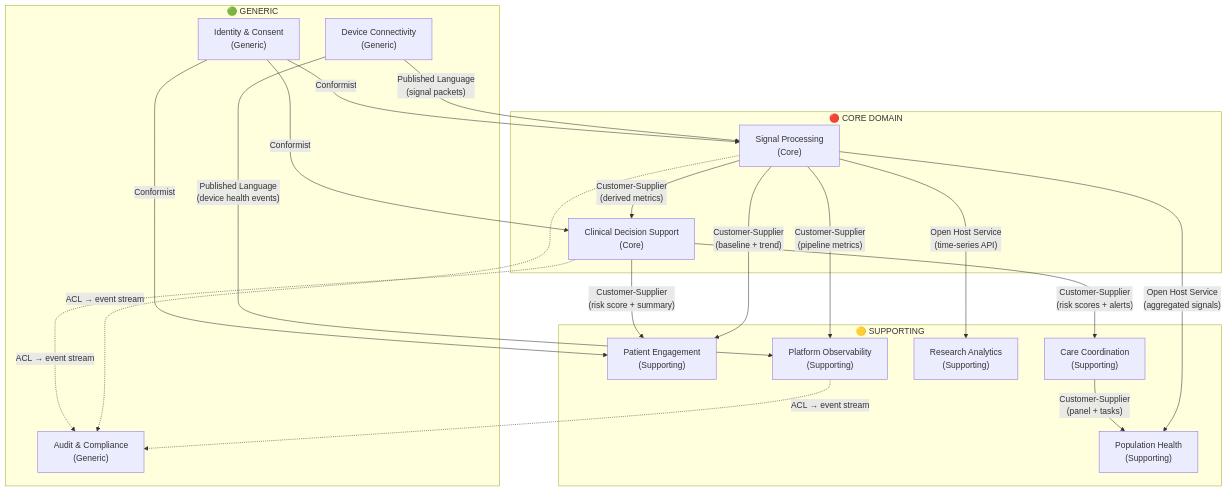
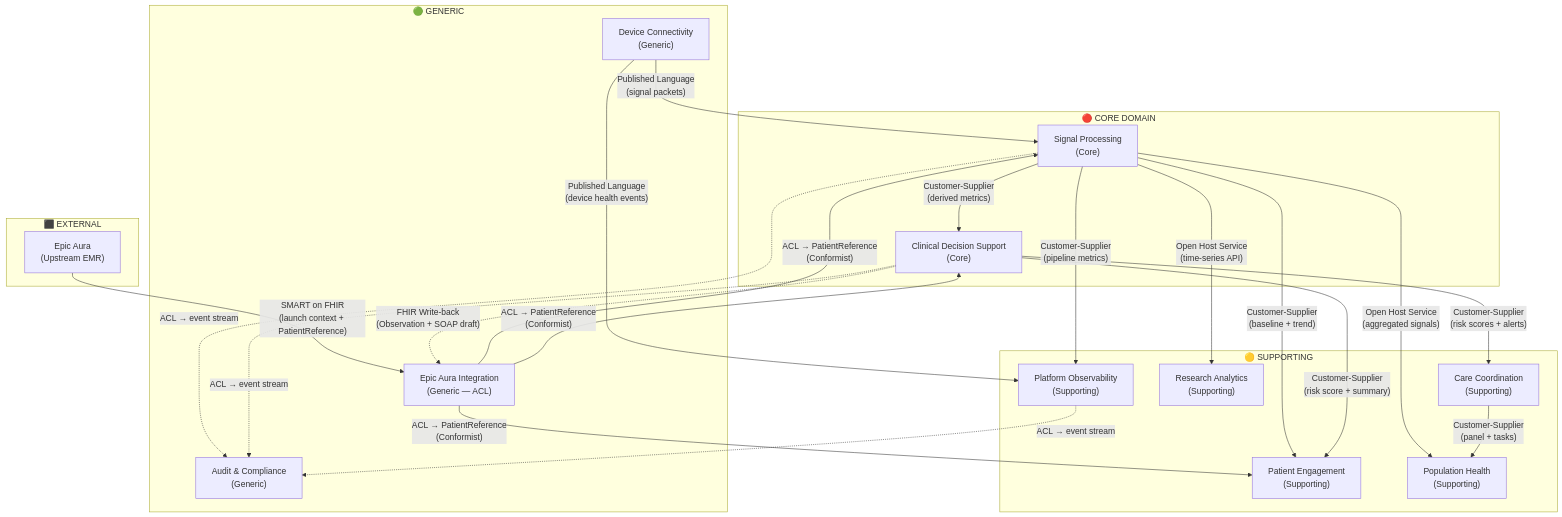
One commit to lgundlapalli/Accelerators changed the first of 3 diagrams in projects/Multi-Signal Device/domain-model/domain-design.md. Above: the diagram before and after it, drawn with Mermaid. The commit also changed other lines of this file and 1 other file, not shown here.

First line of the commit message:
feat: add Epic Aura SMART on FHIR integration to DDD model

````diff
--- a/projects/Multi-Signal Device/domain-model/domain-design.md
+++ b/projects/Multi-Signal Device/domain-model/domain-design.md
@@ -79,38 +103,44 @@
 ```mermaid
 graph TD
     subgraph Core["🔴 CORE DOMAIN"]
         SP["Signal Processing\n(Core)"]
         CDS["Clinical Decision Support\n(Core)"]
     end
 
     subgraph Supporting["🟡 SUPPORTING"]
         PE["Patient Engagement\n(Supporting)"]
         CC["Care Coordination\n(Supporting)"]
         RA["Research Analytics\n(Supporting)"]
         PH["Population Health\n(Supporting)"]
         OBS["Platform Observability\n(Supporting)"]
     end
 
     subgraph Generic["🟢 GENERIC"]
         AC["Audit & Compliance\n(Generic)"]
         DC["Device Connectivity\n(Generic)"]
-        IAM["Identity & Consent\n(Generic)"]
+        EPIC["Epic Aura Integration\n(Generic — ACL)"]
     end
 
+    subgraph External["⬛ EXTERNAL"]
+        EPICAURA["Epic Aura\n(Upstream EMR)"]
+    end
+
+    EPICAURA -->|"SMART on FHIR\n(launch context + PatientReference)"| EPIC
+    EPIC -->|"ACL → PatientReference\n(Conformist)"| SP
+    EPIC -->|"ACL → PatientReference\n(Conformist)"| CDS
+    EPIC -->|"ACL → PatientReference\n(Conformist)"| PE
+    CDS -.->|"FHIR Write-back\n(Observation + SOAP draft)"| EPIC
     DC -->|"Published Language\n(signal packets)"| SP
     SP -->|"Customer-Supplier\n(derived metrics)"| CDS
     SP -->|"Customer-Supplier\n(baseline + trend)"| PE
     SP -->|"Open Host Service\n(time-series API)"| RA
     SP -->|"Open Host Service\n(aggregated signals)"| PH
     CDS -->|"Customer-Supplier\n(risk scores + alerts)"| CC
     CDS -->|"Customer-Supplier\n(risk score + summary)"| PE
     CC -->|"Customer-Supplier\n(panel + tasks)"| PH
-    IAM -->|"Conformist"| SP
-    IAM -->|"Conformist"| CDS
-    IAM -->|"Conformist"| PE
     SP -.->|"ACL → event stream"| AC
     CDS -.->|"ACL → event stream"| AC
     DC -->|"Published Language\n(device health events)"| OBS
     SP -->|"Customer-Supplier\n(pipeline metrics)"| OBS
     OBS -.->|"ACL → event stream"| AC
 ```
````
